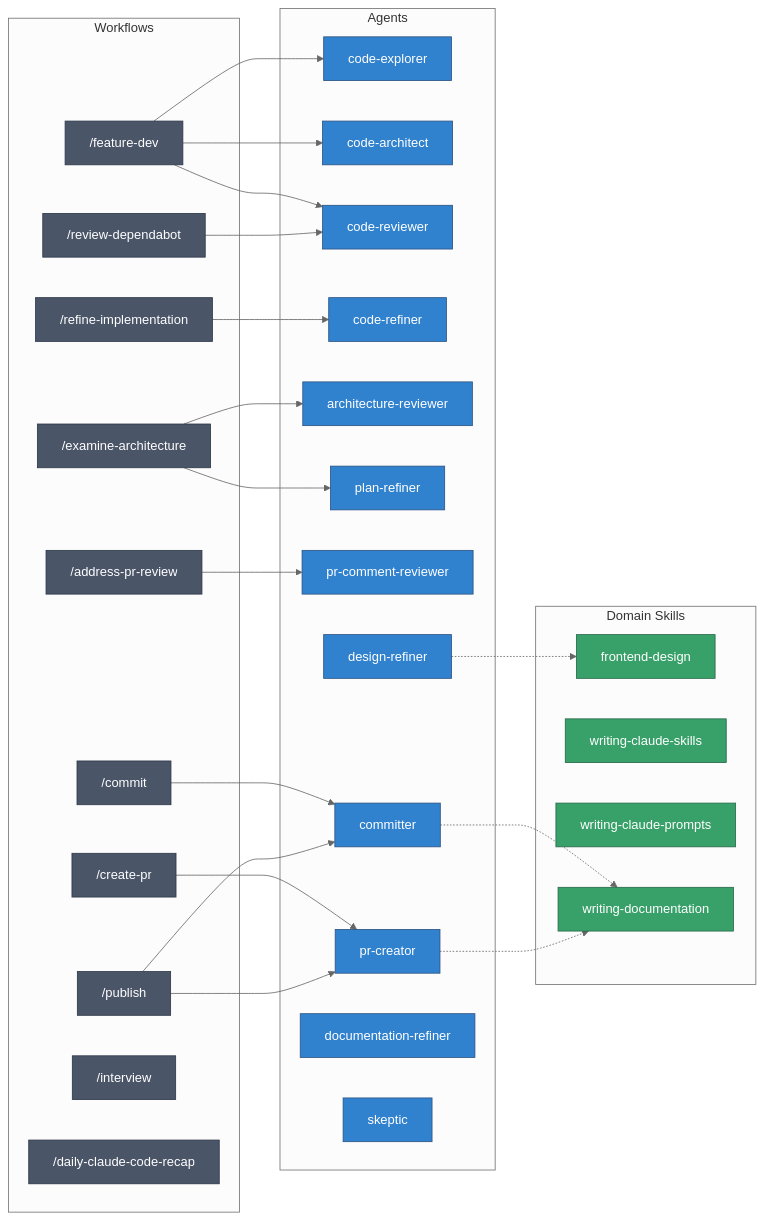
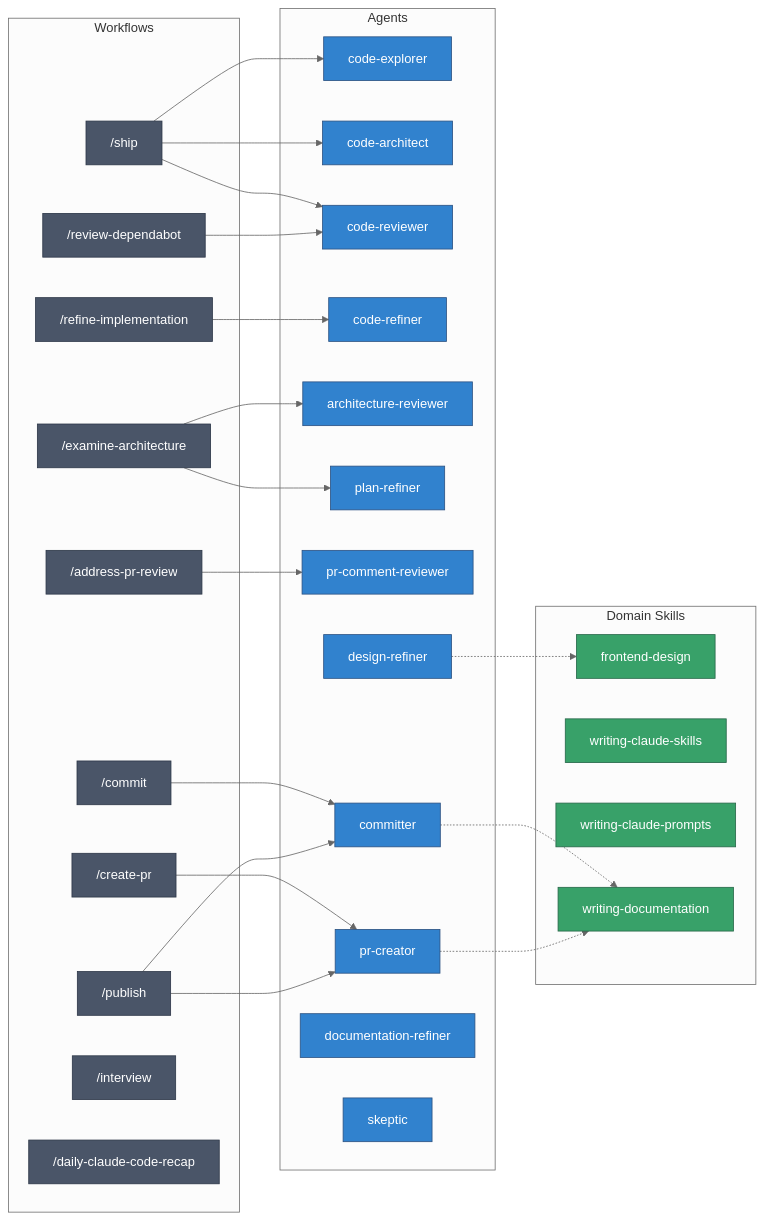
Before and after one commit to stephendolan/dotfiles: the diagram in ai/README.md, drawn with Mermaid (neutral theme). The commit also changed other lines of this file, not shown here.

````diff
--- a/ai/README.md
+++ b/ai/README.md
@@ -24,58 +54,58 @@
 ```mermaid
 flowchart LR
     subgraph Workflows
         cm["/commit"]
         cpr["/create-pr"]
-        fd["/feature-dev"]
+        fd["/ship"]
         ri["/refine-implementation"]
         ea["/examine-architecture"]
         apr["/address-pr-review"]
         rd["/review-dependabot"]
         pub["/publish"]
         int["/interview"]
         dcr["/daily-claude-code-recap"]
     end
 
     subgraph Agents
         ce["code-explorer"]
         ca["code-architect"]
         cr["code-reviewer"]
         cf["code-refiner"]
         ar["architecture-reviewer"]
         pr["plan-refiner"]
         pcr["pr-comment-reviewer"]
         com["committer"]
         prc["pr-creator"]
         dr["design-refiner"]
         docr["documentation-refiner"]
         sk["skeptic"]
     end
 
     subgraph Domain Skills
         fdd["frontend-design"]
         wcs["writing-claude-skills"]
         wcp["writing-claude-prompts"]
         wdoc["writing-documentation"]
     end
 
     cm --> com
     cpr --> prc
     fd --> ce & ca & cr
     ri --> cf
     ea --> ar & pr
     apr --> pcr
     rd --> cr
     pub --> com & prc
 
     com -.-> wdoc
     prc -.-> wdoc
     dr -.-> fdd
 
     classDef workflow fill:#4a5568,stroke:#2d3748,color:#fff
     classDef agent fill:#3182ce,stroke:#2c5282,color:#fff
     classDef skill fill:#38a169,stroke:#276749,color:#fff
 
     class cm,cpr,fd,ri,ea,apr,rd,pub,int,dcr workflow
     class ce,ca,cr,cf,ar,pr,pcr,com,prc,dr,docr,sk agent
     class fdd,wcs,wcp,wdoc skill
 ```
````
